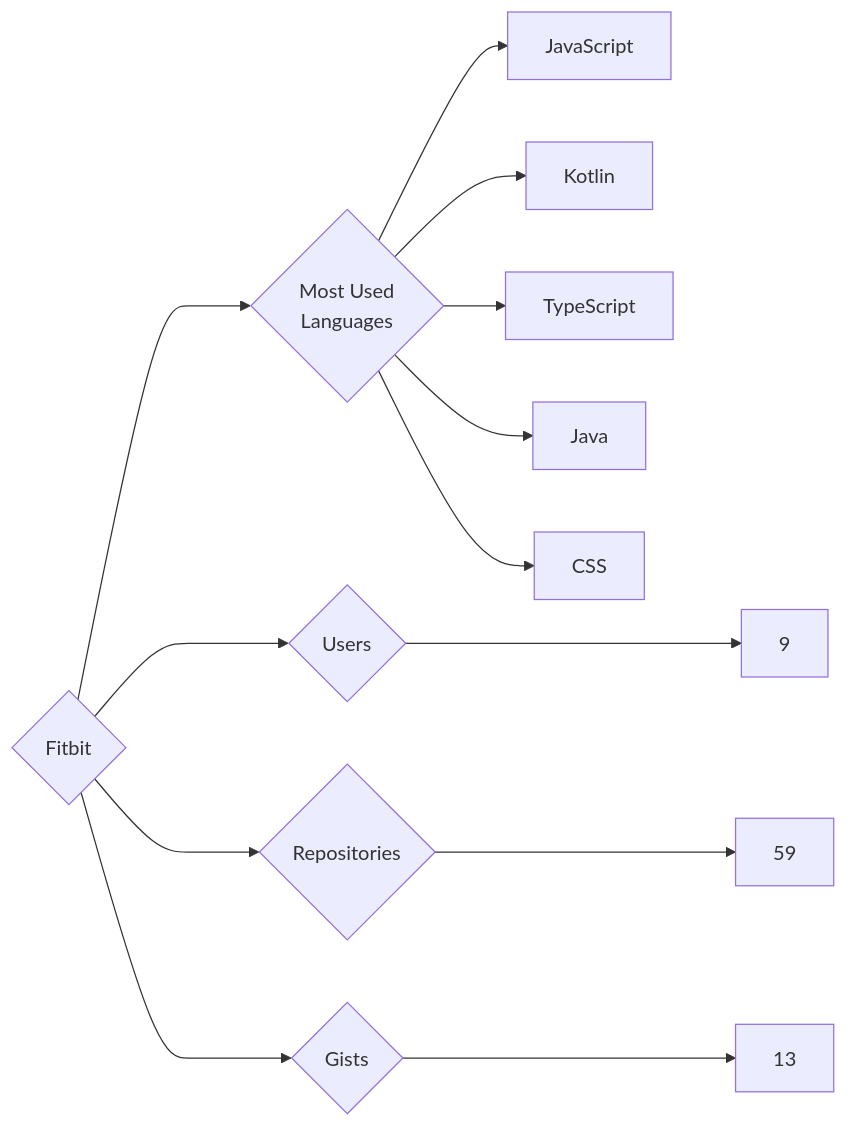
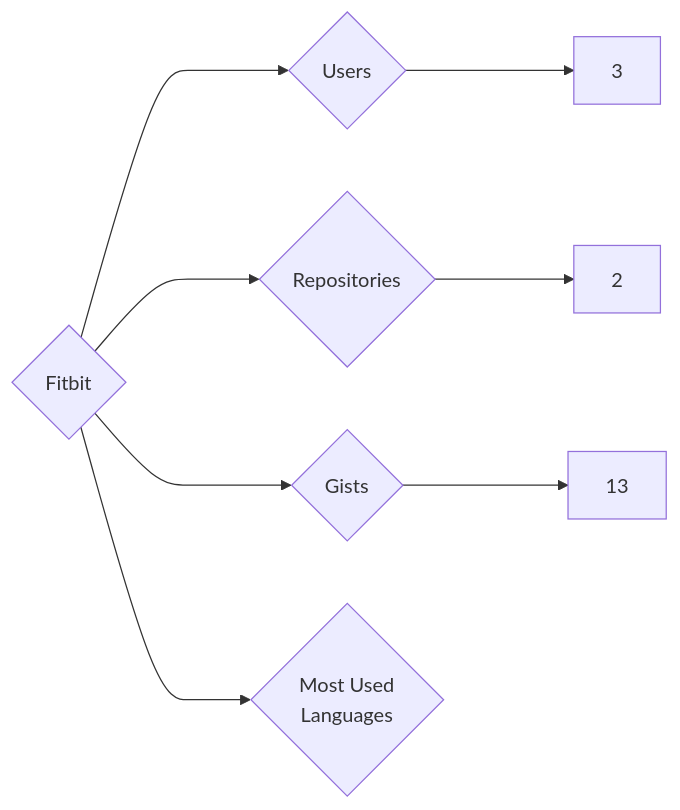
The diagram in targets/Fitbit/README.md (trickest/insiders), drawn with Mermaid before and after one commit. The commit also changed 1141 other files, not shown here.

````diff
--- a/targets/Fitbit/README.md
+++ b/targets/Fitbit/README.md
@@ -3,13 +3,8 @@
 ```mermaid
 graph LR
 COMPANY_NAME{Fitbit}
-COMPANY_NAME ---> U{Users} ---> UN[9]
-COMPANY_NAME ---> R{Repositories} ---> RN[59]
+COMPANY_NAME ---> U{Users} ---> UN[3]
+COMPANY_NAME ---> R{Repositories} ---> RN[2]
 COMPANY_NAME ---> G{Gists} ---> GN[13]
 COMPANY_NAME ---> ML{Most Used<br>Languages}
-ML --> JavaScript[JavaScript]
-ML --> Kotlin[Kotlin]
-ML --> TypeScript[TypeScript]
-ML --> Java[Java]
-ML --> CSS[CSS]
 ```
````
